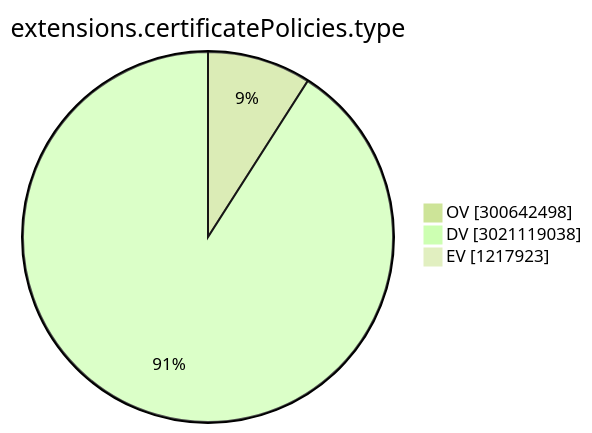
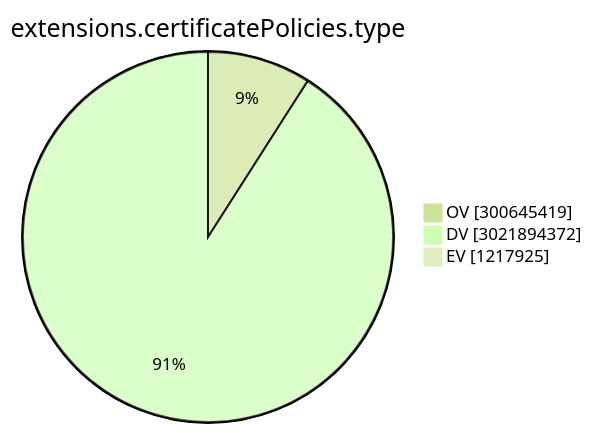
The ninth of 15 diagrams in TOTAL/README.md (christiankrug/ctmonitor_visualization), drawn with Mermaid (forest theme) before and after one commit. The commit also changed other lines of this file, not shown here.

````diff
--- a/TOTAL/README.md
+++ b/TOTAL/README.md
@@ -3102,7 +3102,7 @@
 ```mermaid
 pie showData
 title extensions.certificatePolicies.type
-"OV" :300642498
-"DV" :3021119038
-"EV" :1217923
+"OV" :300645419
+"DV" :3021894372
+"EV" :1217925
 ```
````
